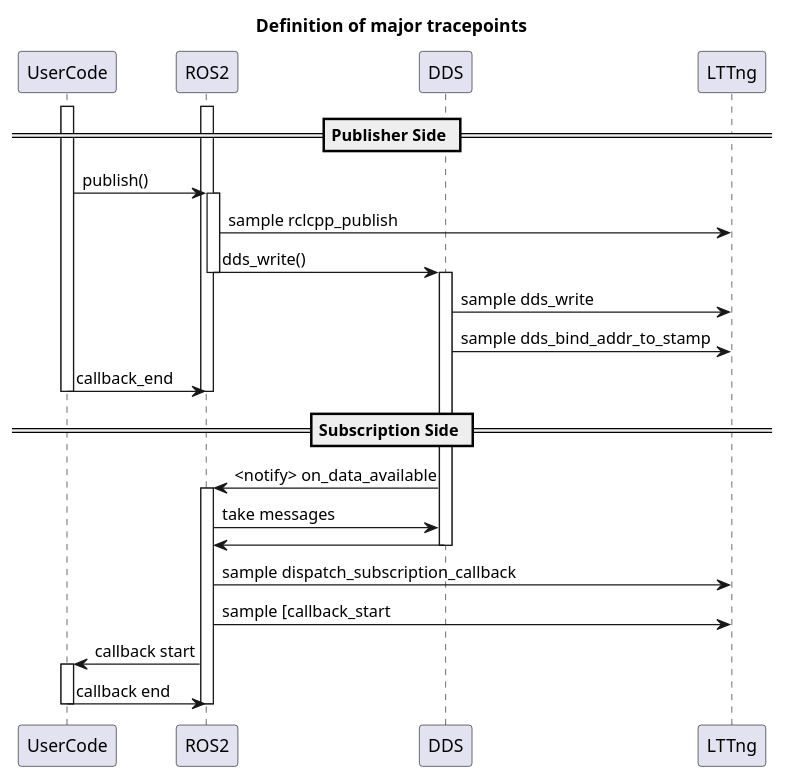
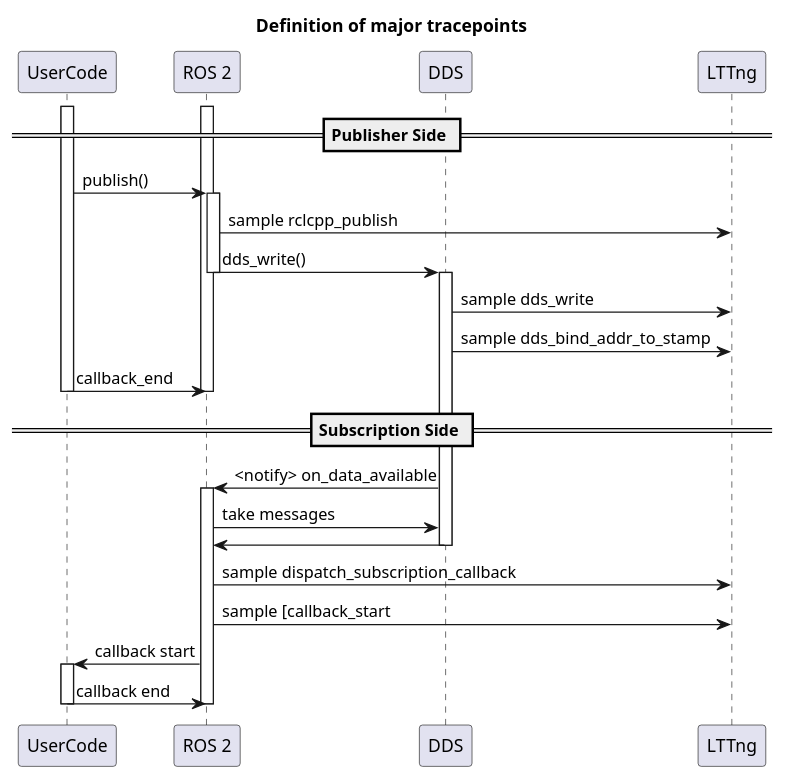
The second of 2 diagrams in docs/design/event_and_latency_definitions/communication.md (tier4/caret_doc), drawn with PlantUML before and after one commit. The commit also changed 1 other file, not shown here.

Commit message:
Fix: word changes ROS2 to ROS 2

````diff
--- a/docs/design/event_and_latency_definitions/communication.md
+++ b/docs/design/event_and_latency_definitions/communication.md
@@ -86,49 +86,49 @@
 ```plantuml
 @startuml
 title: Definition of major tracepoints
 
 participant UserCode
-participant ROS2
+participant "ROS 2"
 participant DDS
 participant LTTng
 
 == Publisher Side ==
 
 
-activate ROS2
+activate "ROS 2"
 activate UserCode
-UserCode -> ROS2: publish()
-activate ROS2
-ROS2 -> LTTng: sample rclcpp_publish
+UserCode -> "ROS 2": publish()
+activate "ROS 2"
+"ROS 2" -> LTTng: sample rclcpp_publish
 
 
-ROS2 -> DDS: dds_write()
-deactivate ROS2
+"ROS 2" -> DDS: dds_write()
+deactivate "ROS 2"
 activate DDS
 DDS -> LTTng: sample dds_write
 DDS -> LTTng: sample dds_bind_addr_to_stamp
 
-UserCode -> ROS2 : callback_end
+UserCode -> "ROS 2" : callback_end
 deactivate UserCode
-deactivate ROS2
+deactivate "ROS 2"
 
 
 == Subscription Side ==
 
 
-DDS -> ROS2: <notify> on_data_available
-activate ROS2
+DDS -> "ROS 2": <notify> on_data_available
+activate "ROS 2"
 
-ROS2 -> DDS :  take messages
-DDS -> ROS2
+"ROS 2" -> DDS :  take messages
+DDS -> "ROS 2"
 deactivate DDS
-ROS2 -> LTTng: sample dispatch_subscription_callback
-ROS2 -> LTTng: sample [callback_start
-ROS2 -> UserCode: callback start
+"ROS 2" -> LTTng: sample dispatch_subscription_callback
+"ROS 2" -> LTTng: sample [callback_start
+"ROS 2" -> UserCode: callback start
 activate UserCode
-UserCode -> ROS2: callback end
+UserCode -> "ROS 2": callback end
 deactivate UserCode
 
-deactivate ROS2
+deactivate "ROS 2"
 @enduml
 ```
````
